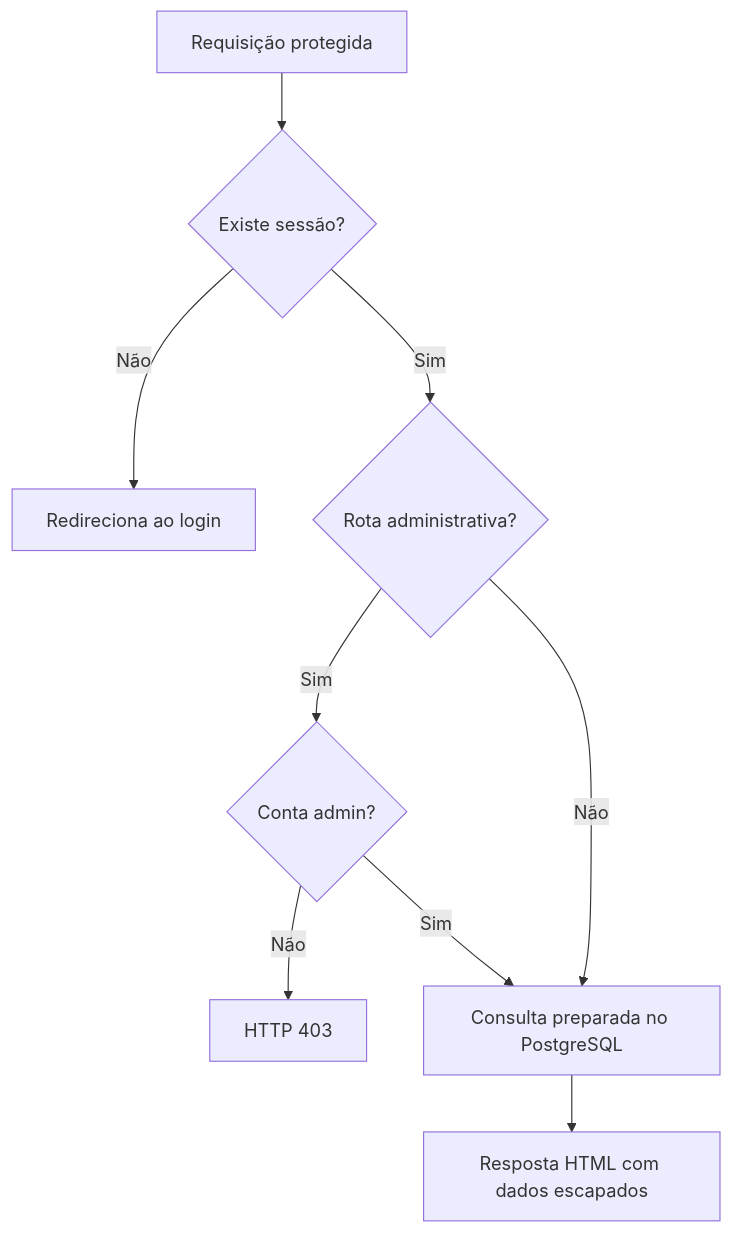
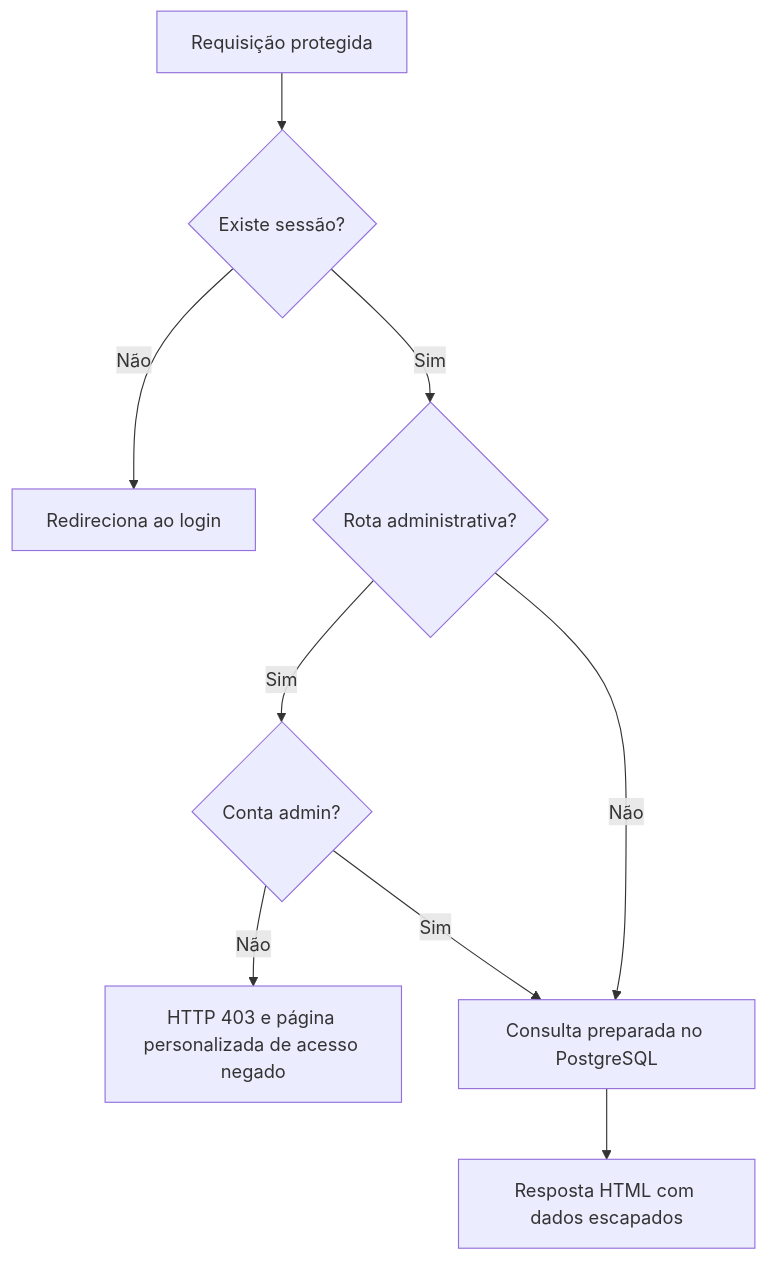
Before and after one commit to Matheus-Talasso-Gil/Impulsos-Cursos: the second of 14 diagrams in diagrama.md, drawn with Mermaid. The commit also changed other lines of this file, not shown here.

Commit message:
atualizar fluxograma e diagrama de casos de uso

````diff
--- a/diagrama.md
+++ b/diagrama.md
@@ -76,11 +81,11 @@
 ```mermaid
 flowchart TD
     A[Requisição protegida] --> B{Existe sessão?}
     B -->|Não| C[Redireciona ao login]
     B -->|Sim| D{Rota administrativa?}
     D -->|Sim| E{Conta admin?}
-    E -->|Não| F[HTTP 403]
+    E -->|Não| F[HTTP 403 e página personalizada de acesso negado]
     E -->|Sim| G[Consulta preparada no PostgreSQL]
     D -->|Não| G
     G --> H[Resposta HTML com dados escapados]
 ```
````
